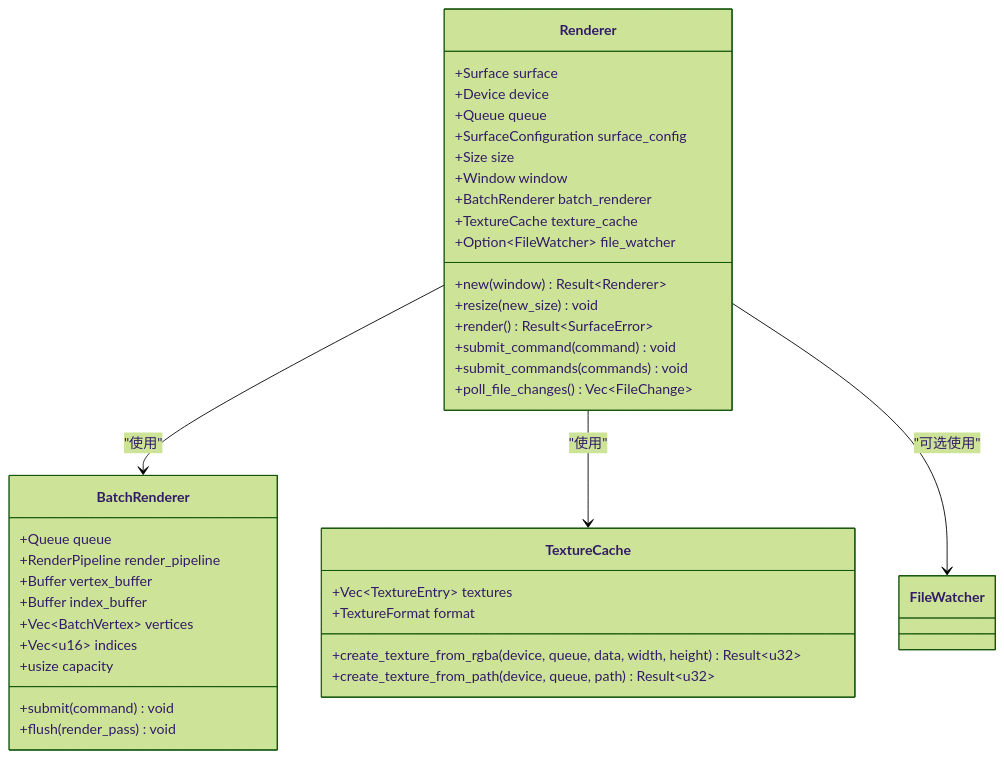
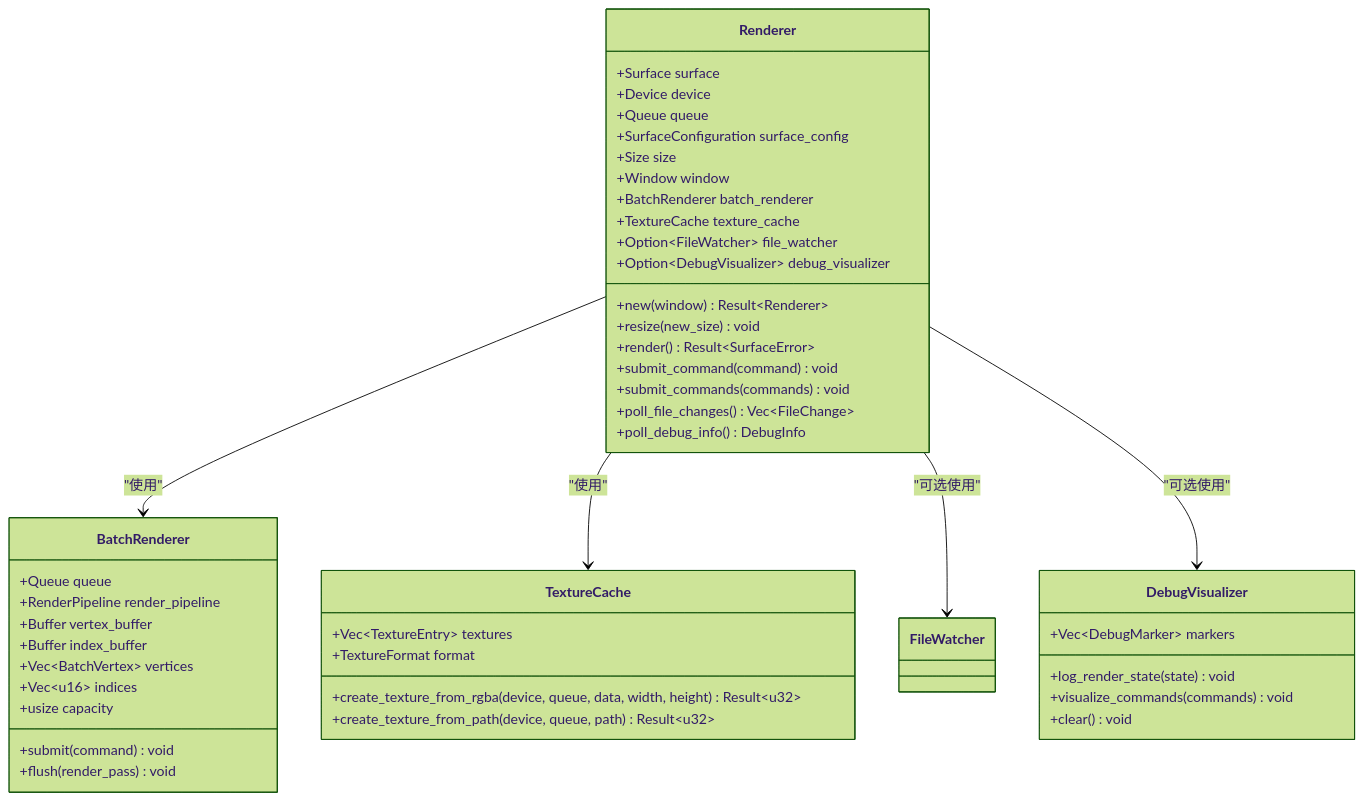
One commit to itszzl-sudo/iris changed the third of 9 diagrams in .qoder/repowiki/zh/content/技术架构详解/WebGPU渲染引擎/GPU渲染器集成综合分析.md. Above: the diagram before and after it, drawn with Mermaid (forest theme). The commit also changed other lines of this file and 57 other files, not shown here.

````diff
--- a/.qoder/repowiki/zh/content/技术架构详解/WebGPU渲染引擎/GPU渲染器集成综合分析.md
+++ b/.qoder/repowiki/zh/content/技术架构详解/WebGPU渲染引擎/GPU渲染器集成综合分析.md
@@ -134,40 +157,49 @@
 ```mermaid
 classDiagram
 class Renderer {
 +Surface surface
 +Device device
 +Queue queue
 +SurfaceConfiguration surface_config
 +Size size
 +Window window
 +BatchRenderer batch_renderer
 +TextureCache texture_cache
 +Option~FileWatcher~ file_watcher
++Option~DebugVisualizer~ debug_visualizer
 +new(window) Result~Renderer~
 +resize(new_size) void
 +render() Result~SurfaceError~
 +submit_command(command) void
 +submit_commands(commands) void
 +poll_file_changes() Vec~FileChange~
++poll_debug_info() DebugInfo
 }
 class BatchRenderer {
 +Queue queue
 +RenderPipeline render_pipeline
 +Buffer vertex_buffer
 +Buffer index_buffer
 +Vec~BatchVertex~ vertices
 +Vec~u16~ indices
 +usize capacity
 +submit(command) void
 +flush(render_pass) void
 }
 class TextureCache {
 +Vec~TextureEntry~ textures
 +TextureFormat format
 +create_texture_from_rgba(device, queue, data, width, height) Result~u32~
 +create_texture_from_path(device, queue, path) Result~u32~
 }
+class DebugVisualizer {
++Vec~DebugMarker~ markers
++log_render_state(state) void
++visualize_commands(commands) void
++clear() void
+}
 Renderer --> BatchRenderer : "使用"
 Renderer --> TextureCache : "使用"
 Renderer --> FileWatcher : "可选使用"
+Renderer --> DebugVisualizer : "可选使用"
 ```
````
